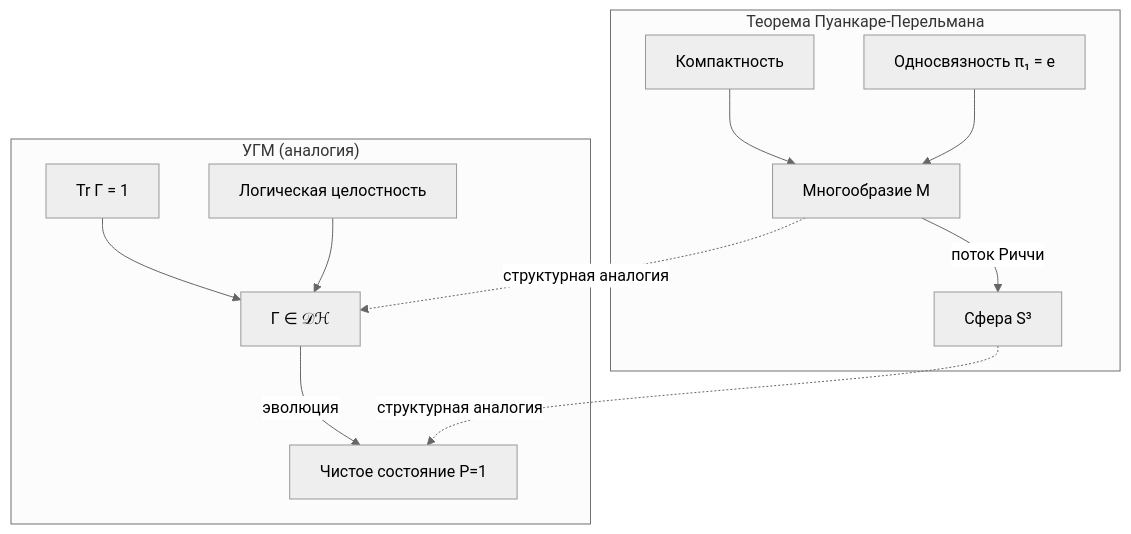
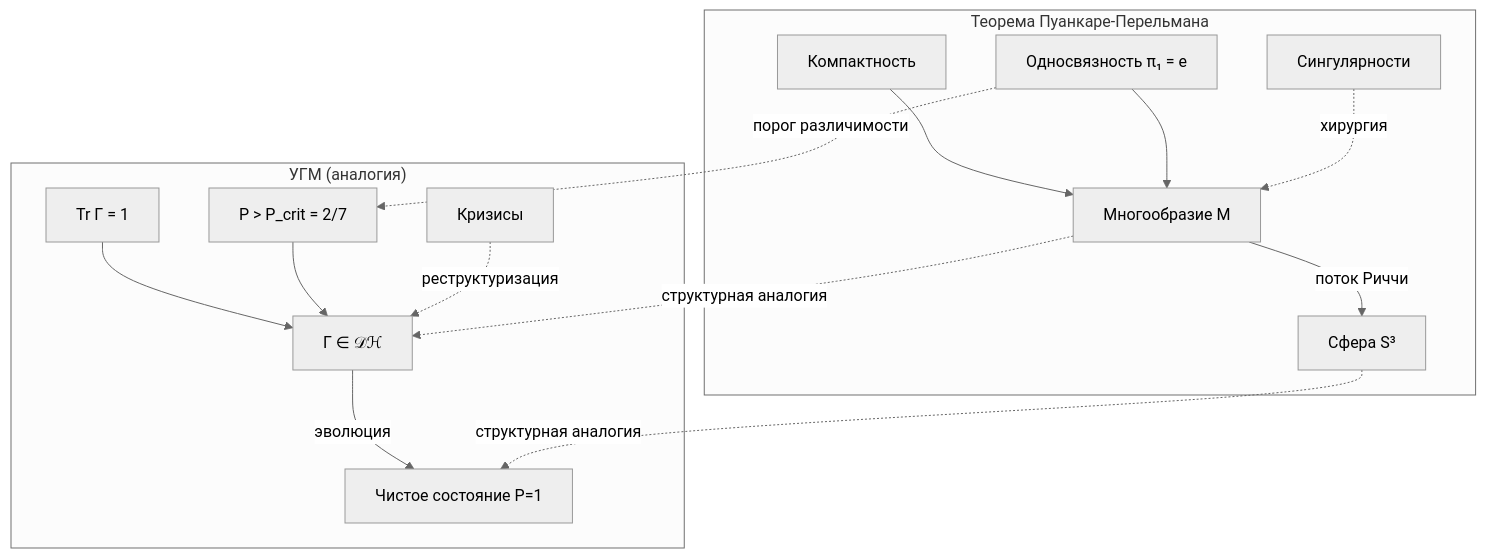
Before and after one commit to uhm-theory/holon: the second of 2 diagrams in website/docs/applied/research/poincare-perelman.md, drawn with Mermaid (neutral theme). The commit also changed other lines of this file and 18 other files, not shown here.

````diff
--- a/website/docs/applied/research/poincare-perelman.md
+++ b/website/docs/applied/research/poincare-perelman.md
@@ -269,15 +309,18 @@
 ```mermaid
 graph TD
     subgraph "Теорема Пуанкаре-Перельмана"
         M[Многообразие M] --> |поток Риччи| S3[Сфера S³]
         C1[Компактность] --> M
         SC[Односвязность π₁ = e] --> M
+        SG["Сингулярности"] -.->|хирургия| M
     end
     subgraph "УГМ (аналогия)"
         G[Γ ∈ 𝒟ℋ] --> |эволюция| PS[Чистое состояние P=1]
         C2[Tr Γ = 1] --> G
-        LI[Логическая целостность] --> G
+        LI[P > P_crit = 2/7] --> G
+        CR["Кризисы"] -.->|реструктуризация| G
     end
     M -.->|структурная аналогия| G
     S3 -.->|структурная аналогия| PS
+    SC -.->|"порог различимости"| LI
 ```
````
